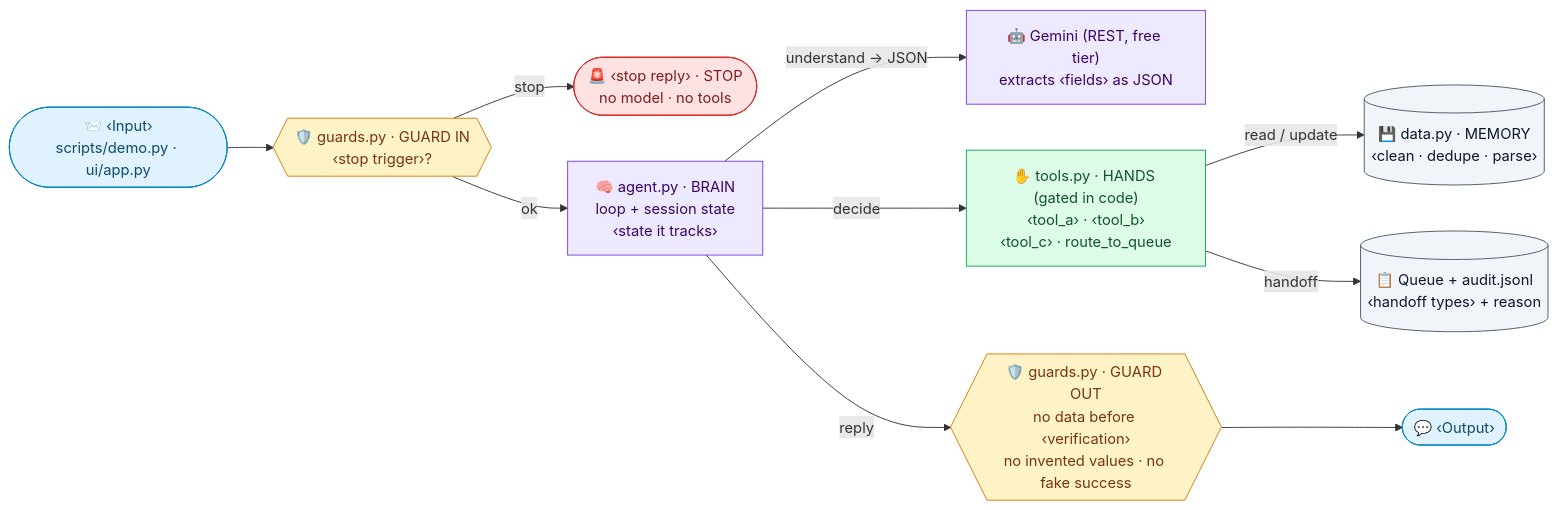
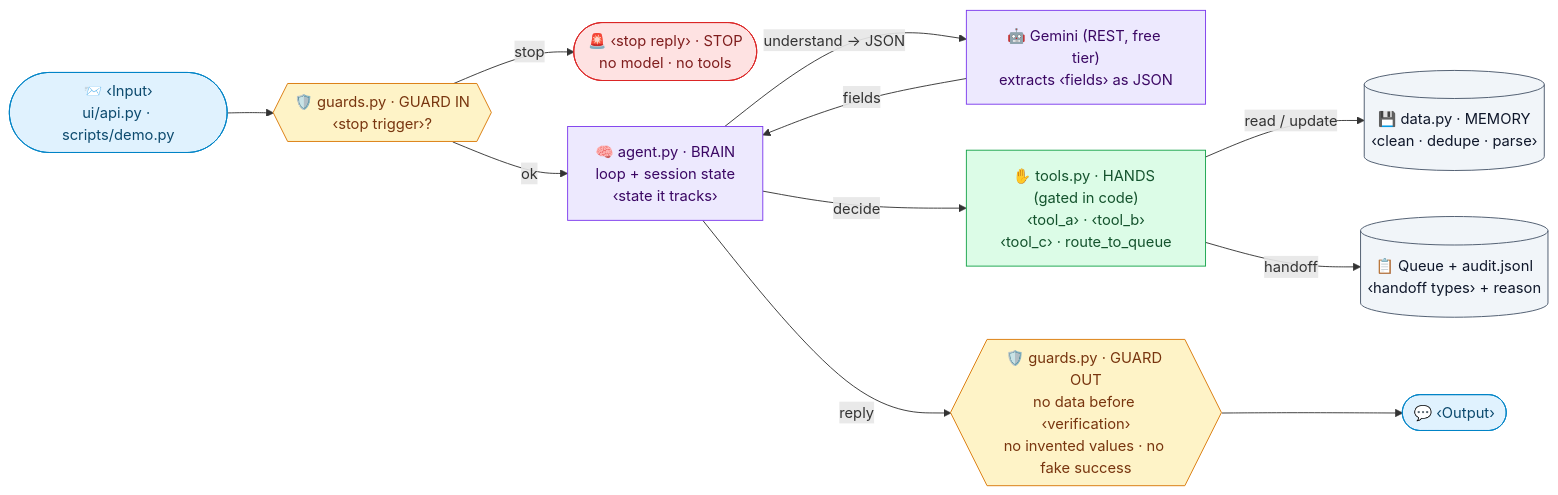
The first of 2 diagrams in .claude/skills/discovery/templates/architecture.md (a1noh/kick-off), drawn with Mermaid before and after one commit. The commit also changed other lines of this file and 7 other files, not shown here.

````diff
--- a/.claude/skills/discovery/templates/architecture.md
+++ b/.claude/skills/discovery/templates/architecture.md
@@ -24,36 +26,37 @@
 ```mermaid
 flowchart LR
-  SMS(["📨 ‹Input›<br/>scripts/demo.py · ui/app.py"])
+  SMS(["📨 ‹Input›<br/>ui/api.py · scripts/demo.py"])
   GI{{"🛡️ guards.py · GUARD IN<br/>‹stop trigger›?"}}
   E911(["🚨 ‹stop reply› · STOP<br/>no model · no tools"])
   AG["🧠 agent.py · BRAIN<br/>loop + session state<br/>‹state it tracks›"]
   LLM["🤖 Gemini (REST, free tier)<br/>extracts ‹fields› as JSON"]
   T["✋ tools.py · HANDS (gated in code)<br/>‹tool_a› · ‹tool_b›<br/>‹tool_c› · route_to_queue"]
   D[("💾 data.py · MEMORY<br/>‹clean · dedupe · parse›")]
   Q[("📋 Queue + audit.jsonl<br/>‹handoff types› + reason")]
   GO{{"🛡️ guards.py · GUARD OUT<br/>no data before ‹verification›<br/>no invented values · no fake success"}}
   R(["💬 ‹Output›"])
 
   SMS --> GI
   GI -- "stop" --> E911
   GI -- "ok" --> AG
   AG -- "understand → JSON" --> LLM
+  LLM -- "fields" --> AG
   AG -- "decide" --> T
   T -- "read / update" --> D
   T -- "handoff" --> Q
   AG -- "reply" --> GO
   GO --> R
 
   classDef door fill:#e0f2fe,stroke:#0284c7,color:#0c4a6e
   classDef guard fill:#fef3c7,stroke:#d97706,color:#78350f
   classDef stop fill:#fee2e2,stroke:#dc2626,color:#7f1d1d
   classDef brain fill:#ede9fe,stroke:#7c3aed,color:#3b0764
   classDef hands fill:#dcfce7,stroke:#16a34a,color:#14532d
   classDef store fill:#f1f5f9,stroke:#475569,color:#0f172a
   class SMS,R door
   class GI,GO guard
   class E911 stop
   class AG,LLM brain
   class T hands
   class D,Q store
 ```
````
